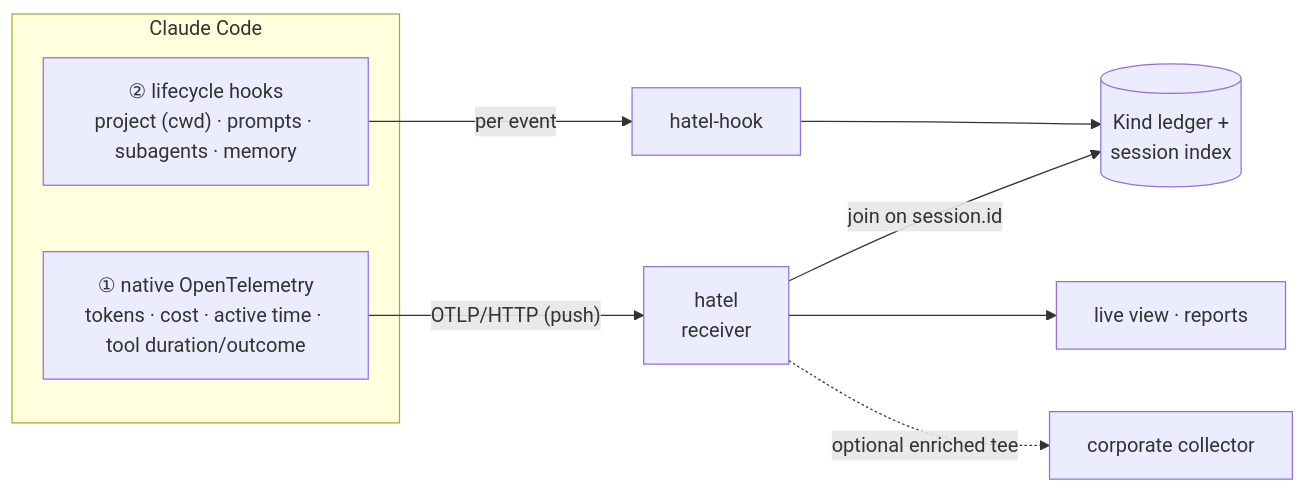
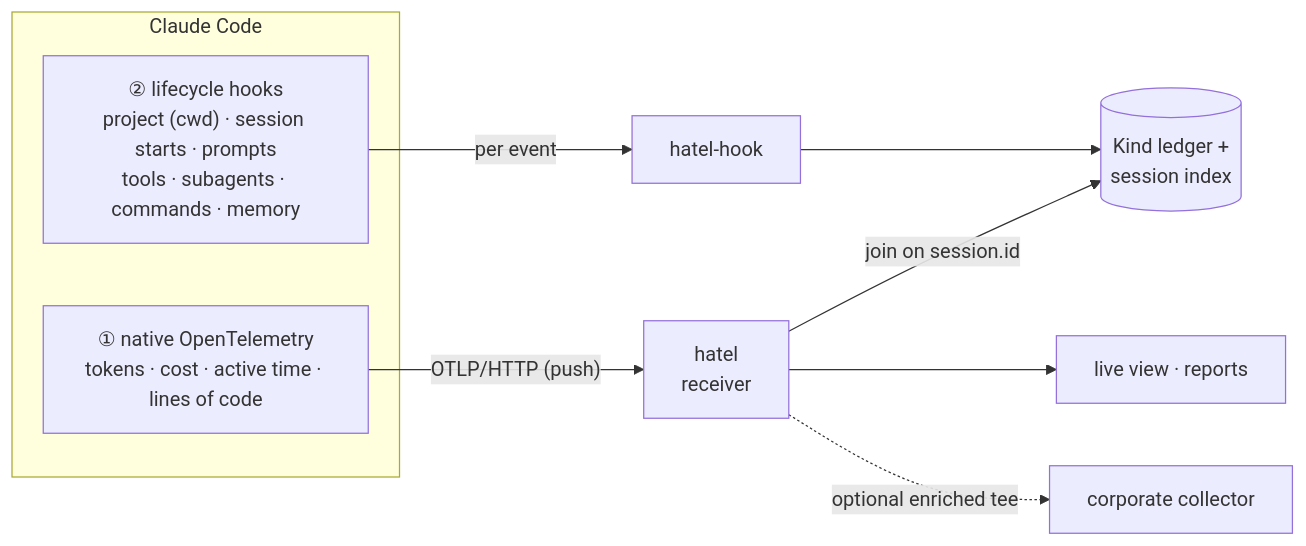
Before and after one commit to junyeong-ai/hatel: the first of 2 diagrams in README.en.md, drawn with Mermaid. The commit also changed other lines of this file and 3 other files, not shown here.

````diff
--- a/README.en.md
+++ b/README.en.md
@@ -33,13 +33,13 @@
 ```mermaid
 flowchart LR
   subgraph CC["Claude Code"]
-    M["① native OpenTelemetry<br/>tokens · cost · active time · tool duration/outcome"]
-    H["② lifecycle hooks<br/>project (cwd) · prompts · subagents · memory"]
+    M["① native OpenTelemetry<br/>tokens · cost · active time · lines of code"]
+    H["② lifecycle hooks<br/>project (cwd) · session starts · prompts<br/>tools · subagents · commands · memory"]
   end
   M -->|"OTLP/HTTP (push)"| R["hatel<br/>receiver"]
   H -->|"per event"| K["hatel-hook"]
   K --> IDX[("Kind ledger +<br/>session index")]
   R -->|"join on session.id"| IDX
   R --> OUT["live view · reports"]
   R -.->|"optional enriched tee"| CORP["corporate collector"]
 ```
````
